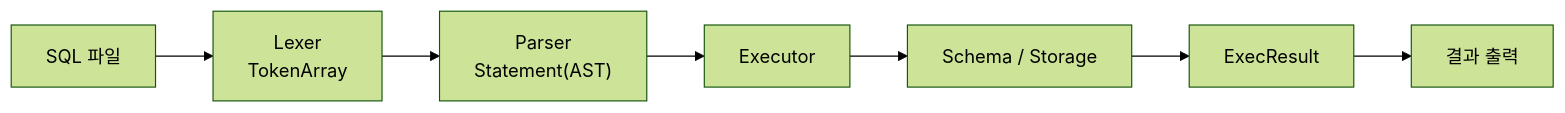
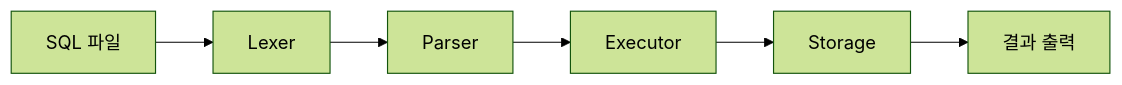
One commit to whiskend/sql-parser-engine changed the first of 11 diagrams in README.md. Above: the diagram before and after it, drawn with Mermaid (forest theme). The commit also changed other lines of this file and 1 other file, not shown here.

````diff
--- a/README.md
+++ b/README.md
@@ -9,9 +8,8 @@
 ```mermaid
 flowchart LR
-    A["SQL 파일"] --> B["Lexer<br/>TokenArray"]
-    B --> C["Parser<br/>Statement(AST)"]
+    A["SQL 파일"] --> B["Lexer"]
+    B --> C["Parser"]
     C --> D["Executor"]
-    D --> E["Schema / Storage"]
-    E --> F["ExecResult"]
-    F --> G["결과 출력"]
+    D --> E["Storage"]
+    E --> F["결과 출력"]
 ```
````
